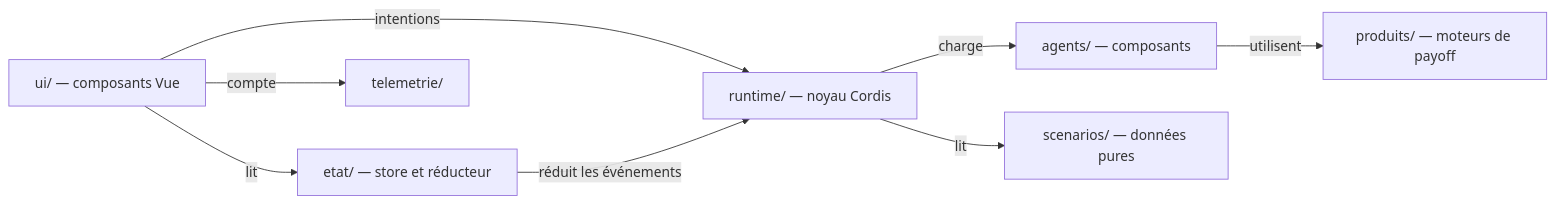
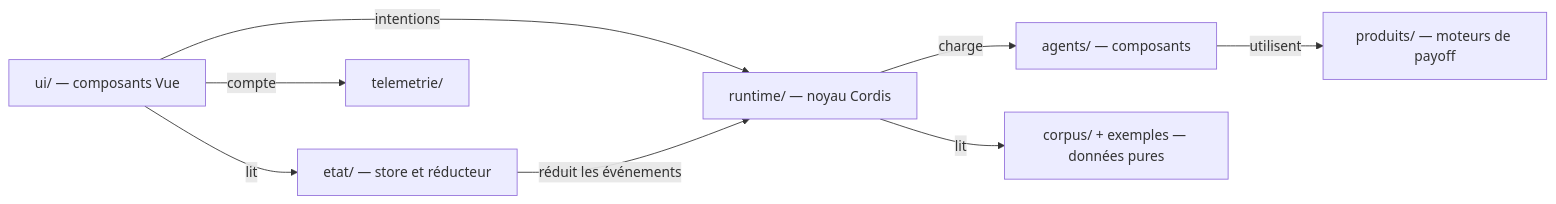
Before and after one commit to guillaume-flambard/usine: the first of 5 diagrams in _bmad-output/planning-artifacts/architecture/architecture-usine-2026-08-20/ARCHITECTURE-SPINE.md, drawn with Mermaid. The commit also changed other lines of this file, not shown here.

First line of the commit message:
docs(architecture): réviser les décisions que le plan rend fausses

````diff
--- a/_bmad-output/planning-artifacts/architecture/architecture-usine-2026-08-20/ARCHITECTURE-SPINE.md
+++ b/_bmad-output/planning-artifacts/architecture/architecture-usine-2026-08-20/ARCHITECTURE-SPINE.md
@@ -41,18 +41,18 @@
 ```mermaid
 graph LR
   ui["ui/ — composants Vue"]
   etat["etat/ — store et réducteur"]
   runtime["runtime/ — noyau Cordis"]
   agents["agents/ — composants"]
-  scenarios["scenarios/ — données pures"]
+  scenarios["corpus/ + exemples — données pures"]
   produits["produits/ — moteurs de payoff"]
   telemetrie["telemetrie/"]
 
   ui -->|lit| etat
   ui -->|intentions| runtime
   etat -->|réduit les événements| runtime
   runtime -->|charge| agents
   runtime -->|lit| scenarios
   agents -->|utilisent| produits
   ui -->|compte| telemetrie
 ```
````
